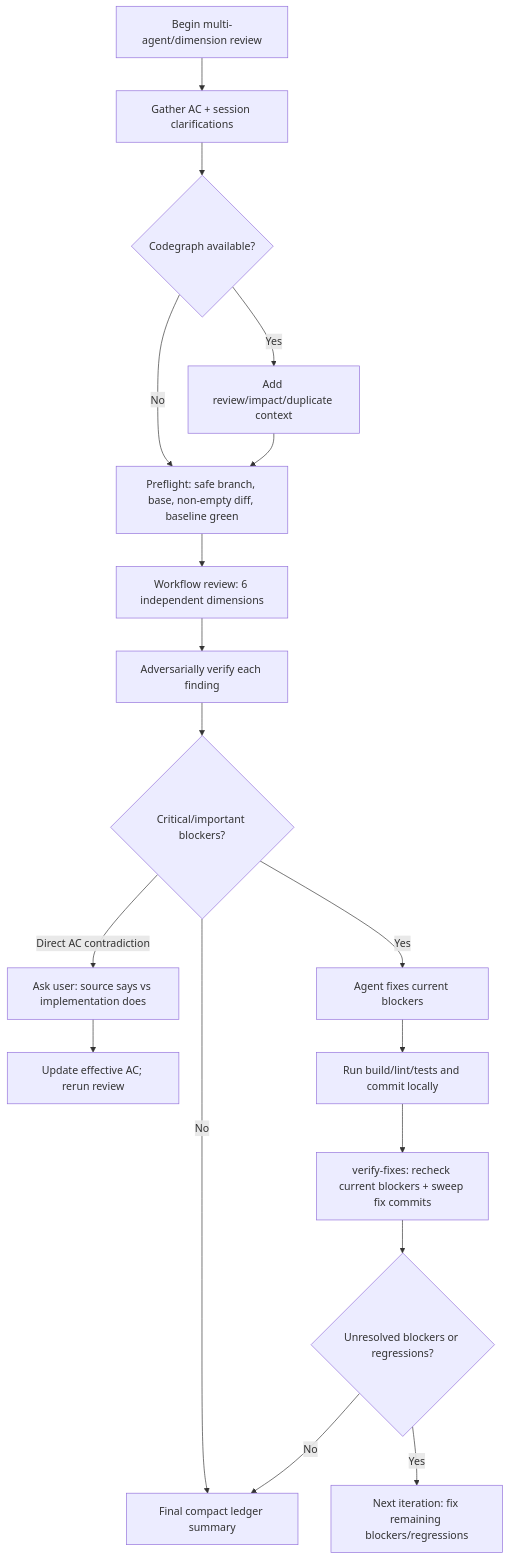
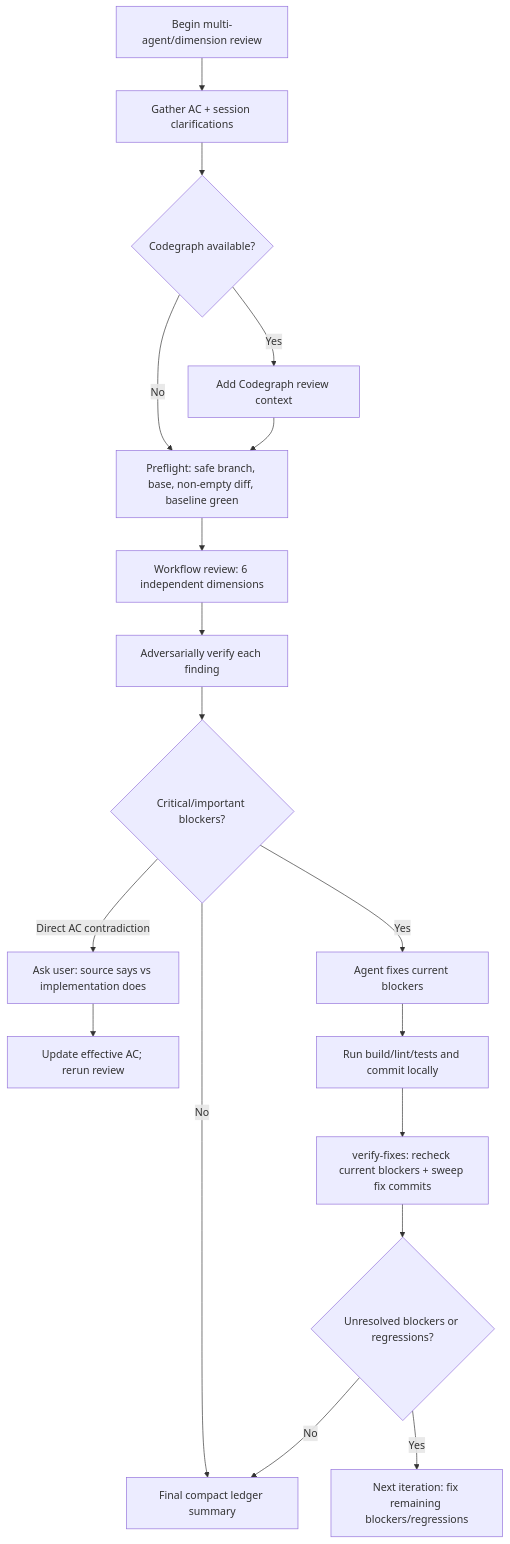
Before and after one commit to lzehrung/review-until-clean-odw: the diagram in README.md, drawn with Mermaid. The commit also changed other lines of this file and 2 other files, not shown here.

Commit message:
Limit Codegraph guidance to review summary

````diff
--- a/README.md
+++ b/README.md
@@ -61,20 +59,20 @@
 ```mermaid
 flowchart TB
   S[Begin multi-agent/dimension review] --> A[Gather AC + session clarifications]
   A --> CG{Codegraph available?}
-  CG -- Yes --> CG2[Add review/impact/duplicate context]
+  CG -- Yes --> CG2[Add Codegraph review context]
   CG -- No --> B[Preflight: safe branch, base, non-empty diff, baseline green]
   CG2 --> B
   B --> C[Workflow review: 6 independent dimensions]
   C --> D[Adversarially verify each finding]
   D --> E{Critical/important blockers?}
   E -- No --> Z[Final compact ledger summary]
   E -- Direct AC contradiction --> H[Ask user: source says vs implementation does]
   H --> H2[Update effective AC; rerun review]
   E -- Yes --> F[Agent fixes current blockers]
   F --> G[Run build/lint/tests and commit locally]
   G --> I[verify-fixes: recheck current blockers + sweep fix commits]
   I --> J{Unresolved blockers or regressions?}
   J -- Yes --> K[Next iteration: fix remaining blockers/regressions]
   J -- No --> Z
 ```
````
